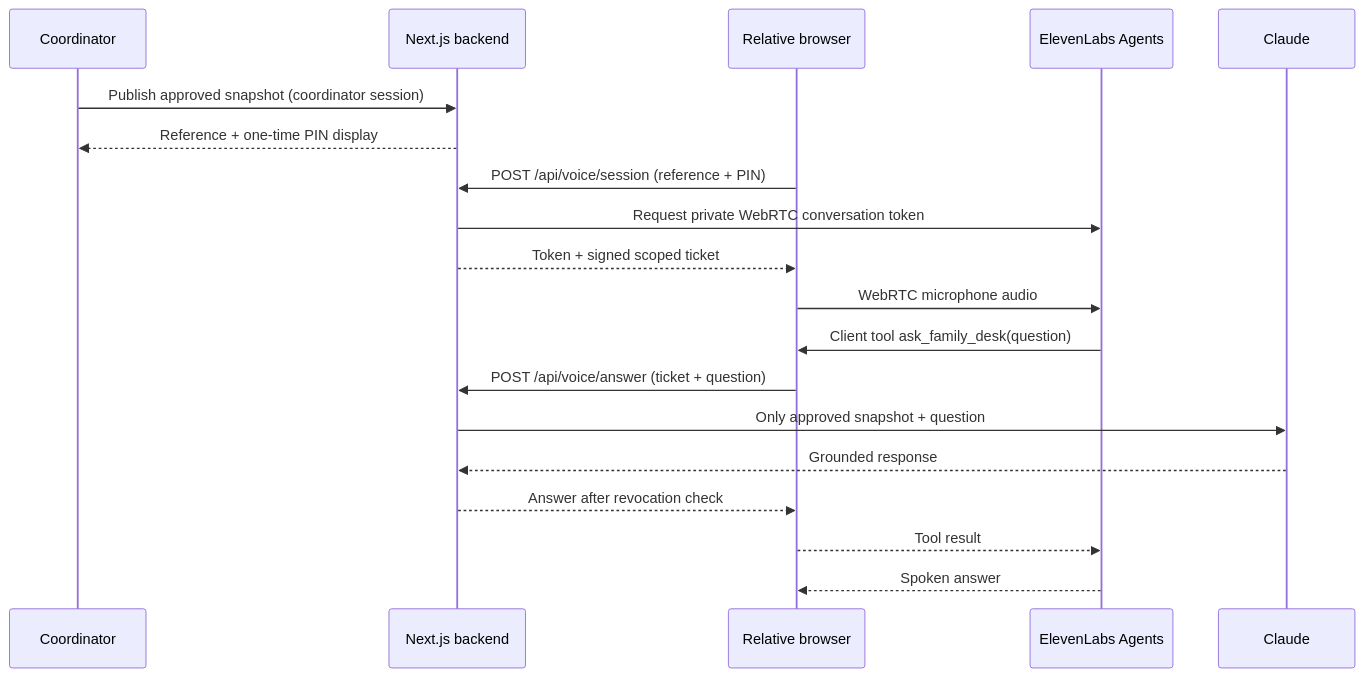
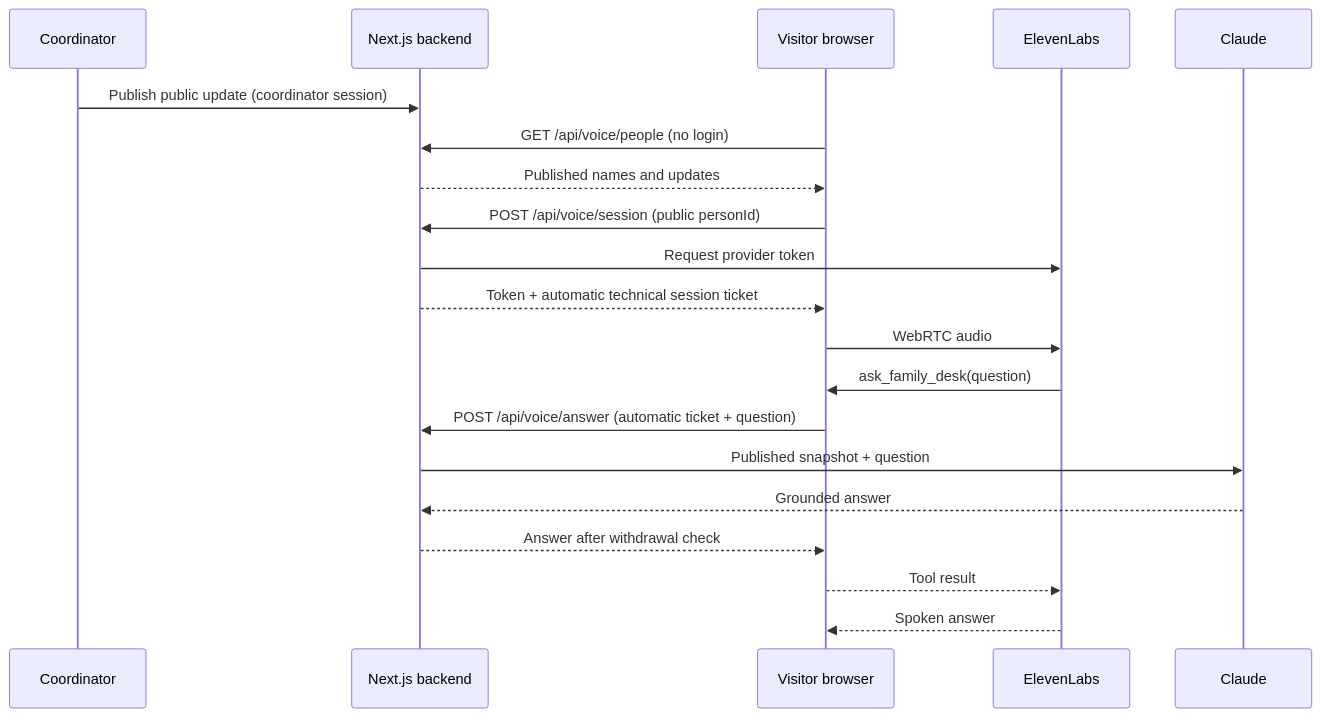
The diagram in docs/family-voice.md (Danvu772/DisasterDeck), drawn with Mermaid before and after one commit. The commit also changed other lines of this file and 13 other files, not shown here.

Commit message:
Make published family information accessible without caller codes

````diff
--- a/docs/family-voice.md
+++ b/docs/family-voice.md
@@ -24,21 +23,22 @@
 ```mermaid
 sequenceDiagram
     participant C as Coordinator
     participant A as Next.js backend
-    participant F as Relative browser
-    participant E as ElevenLabs Agents
+    participant F as Visitor browser
+    participant E as ElevenLabs
     participant L as Claude
-    C->>A: Publish approved snapshot (coordinator session)
-    A-->>C: Reference + one-time PIN display
-    F->>A: POST /api/voice/session (reference + PIN)
-    A->>E: Request private WebRTC conversation token
-    A-->>F: Token + signed scoped ticket
-    F->>E: WebRTC microphone audio
-    E->>F: Client tool ask_family_desk(question)
-    F->>A: POST /api/voice/answer (ticket + question)
-    A->>L: Only approved snapshot + question
-    L-->>A: Grounded response
-    A-->>F: Answer after revocation check
+    C->>A: Publish public update (coordinator session)
+    F->>A: GET /api/voice/people (no login)
+    A-->>F: Published names and updates
+    F->>A: POST /api/voice/session (public personId)
+    A->>E: Request provider token
+    A-->>F: Token + automatic technical session ticket
+    F->>E: WebRTC audio
+    E->>F: ask_family_desk(question)
+    F->>A: POST /api/voice/answer (automatic ticket + question)
+    A->>L: Published snapshot + question
+    L-->>A: Grounded answer
+    A-->>F: Answer after withdrawal check
     F-->>E: Tool result
     E-->>F: Spoken answer
 ```
````
